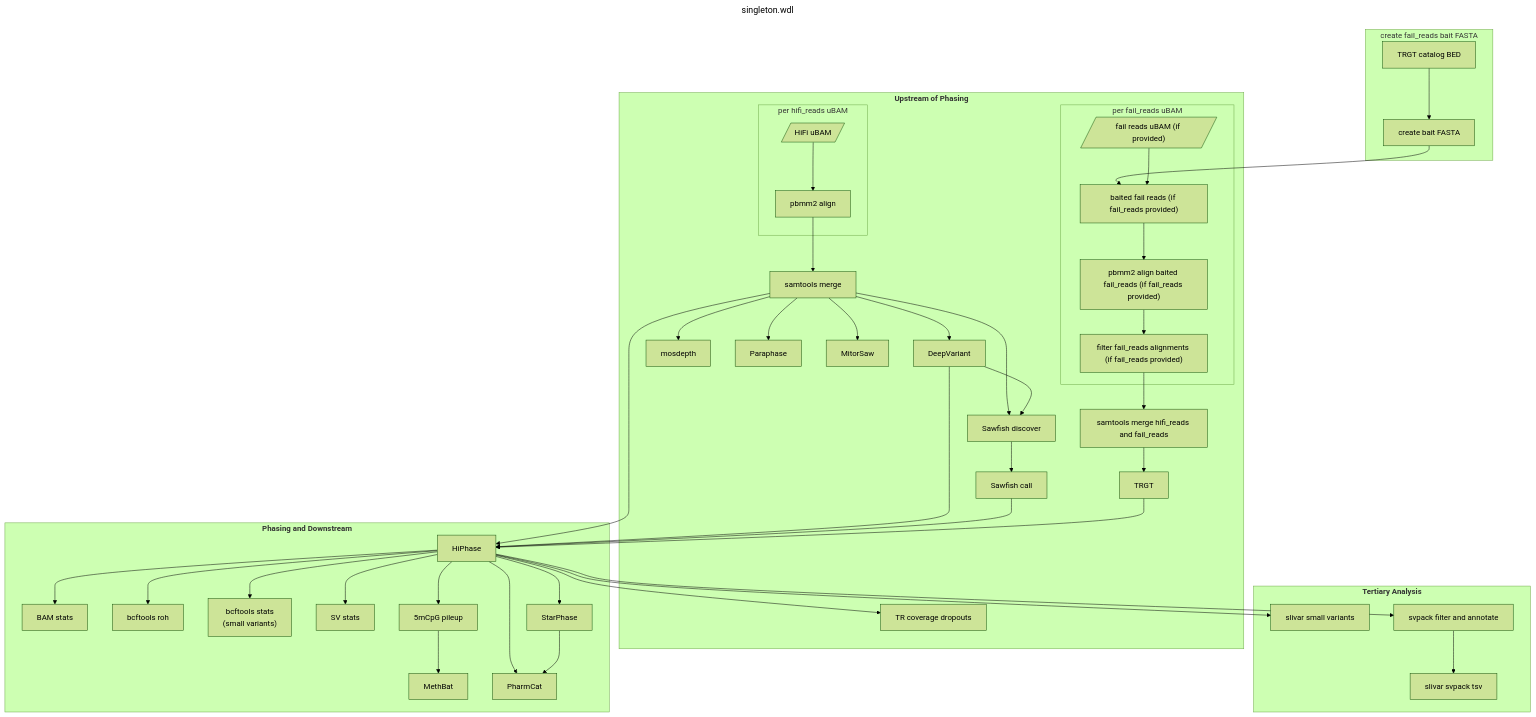
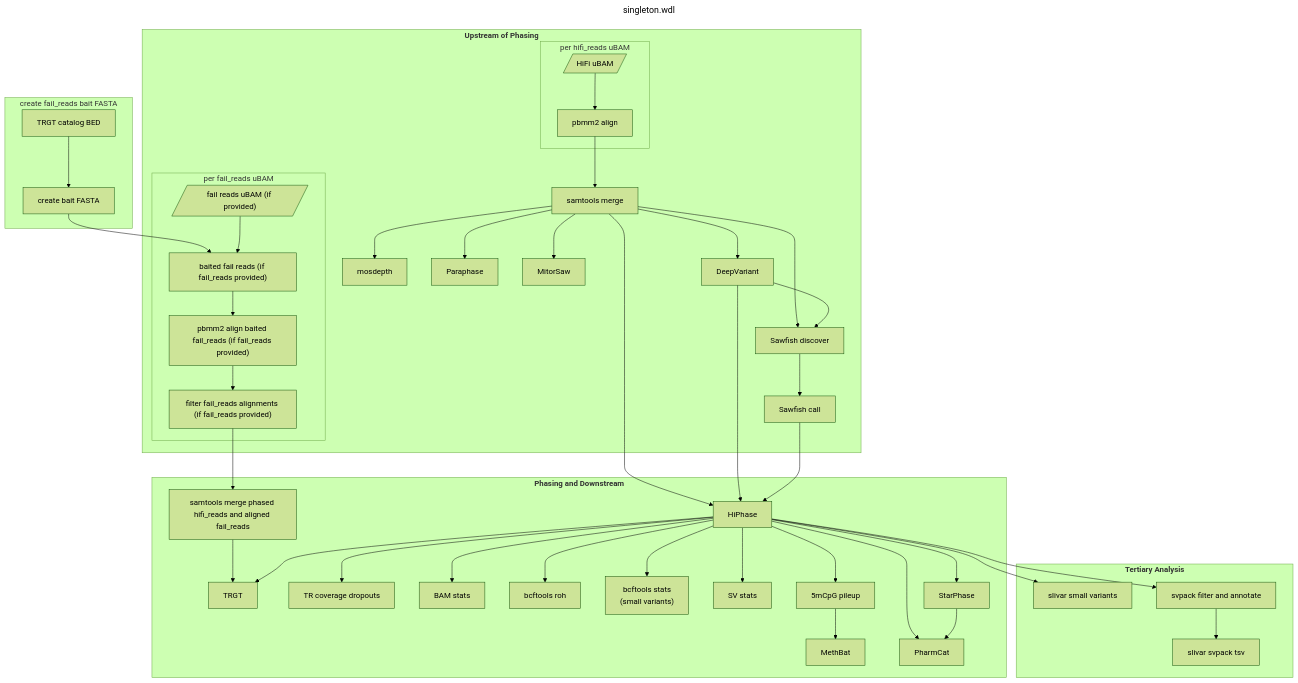
Before and after one commit to PacificBiosciences/HiFi-human-WGS-WDL: the diagram in docs/singleton.md, drawn with Mermaid (forest theme). The commit also changed 7 other files, not shown here.

````diff
--- a/docs/singleton.md
+++ b/docs/singleton.md
@@ -19,78 +19,78 @@
 ```mermaid
 ---
 title: singleton.wdl
 ---
 flowchart TD
   subgraph "create fail_reads bait FASTA"
     trgt_catalog["TRGT catalog BED"]
     bait_fasta["create bait FASTA"]
   end
   subgraph "`**Upstream of Phasing**`"
     subgraph "per hifi_reads uBAM"
       ubam[/"HiFi uBAM"/]
       pbmm2_align["pbmm2 align"]
     end
     subgraph "per fail_reads uBAM"
       fail_ubam[/"fail reads uBAM (if provided)"/]
       bait_fail_reads["baited fail reads (if fail_reads provided)"]
       pbmm2_align_fail_reads["pbmm2 align baited fail_reads (if fail_reads provided)"]
       filter_fail_reads["filter fail_reads alignments (if fail_reads provided)"]
     end
     samtools_merge["samtools merge"]
-    samtools_merge_fail_reads["samtools merge hifi_reads and fail_reads"]
     mosdepth["mosdepth"]
     paraphase["Paraphase"]
     mitorsaw["MitorSaw"]
-    trgt["TRGT"]
-    trgt_dropouts["TR coverage dropouts"]
     deepvariant["DeepVariant"]
     sawfish_discover["Sawfish discover"]
     sawfish_call["Sawfish call"]
   end
   subgraph "`**Phasing and Downstream**`"
     hiphase["HiPhase"]
+    samtools_merge_fail_reads["samtools merge phased hifi_reads and aligned fail_reads"]
+    trgt["TRGT"]
+    trgt_dropouts["TR coverage dropouts"]
     bam_stats["BAM stats"]
     bcftools_roh["bcftools roh"]
     bcftools_stats["bcftools stats\n(small variants)"]
     sv_stats["SV stats"]
     cpg_pileup["5mCpG pileup"]
     methbat["MethBat"]
     starphase["StarPhase"]
     pharmcat["PharmCat"]
   end
   subgraph "`**Tertiary Analysis**`"
     slivar_small_variants["slivar small variants"]
     svpack["svpack filter and annotate"]
     slivar_svpack["slivar svpack tsv"]
   end
 
   trgt_catalog --> bait_fasta --> bait_fail_reads
   fail_ubam --> bait_fail_reads --> pbmm2_align_fail_reads --> filter_fail_reads --> samtools_merge_fail_reads
   ubam --> pbmm2_align --> samtools_merge
   samtools_merge --> mosdepth
   samtools_merge --> paraphase
   samtools_merge --> mitorsaw
   samtools_merge_fail_reads --> trgt
   samtools_merge --> deepvariant
   samtools_merge --> sawfish_discover
   samtools_merge --> hiphase
   deepvariant --> sawfish_discover
   deepvariant --> hiphase
   sawfish_discover --> sawfish_call --> hiphase
-  trgt --> hiphase
 
+  hiphase --> trgt
   hiphase --> bam_stats
   hiphase --> bcftools_roh
   hiphase --> bcftools_stats
   hiphase --> sv_stats
   hiphase --> cpg_pileup
   hiphase --> starphase
   hiphase --> pharmcat
   hiphase --> trgt_dropouts
   starphase --> pharmcat
   cpg_pileup --> methbat
 
   hiphase --> slivar_small_variants
   hiphase --> svpack
   svpack --> slivar_svpack
 ```
````
